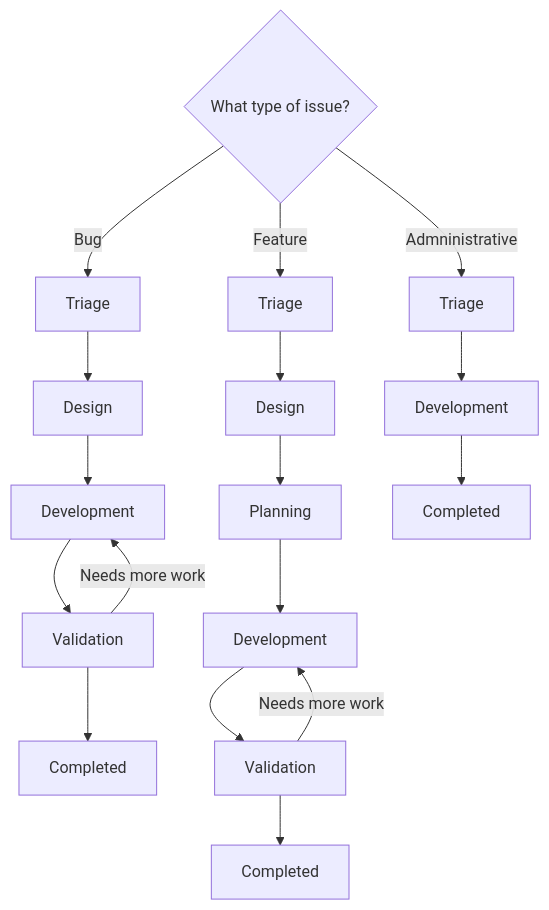
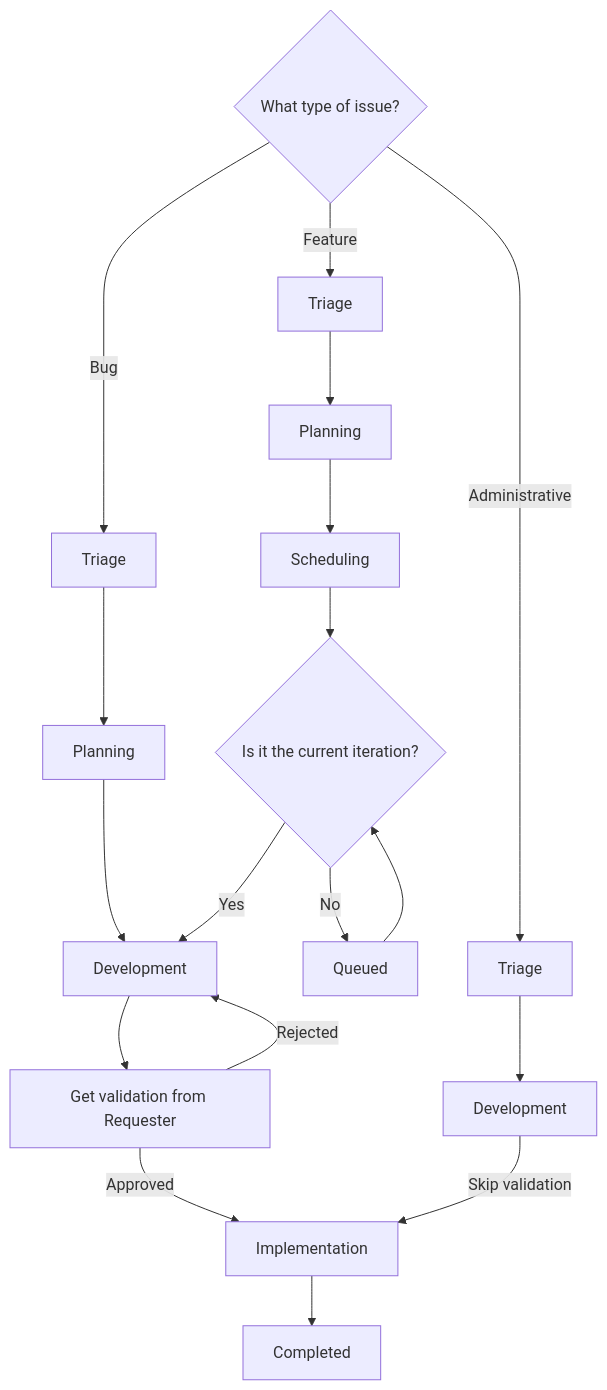
One commit to zalyoung/gitlab-handbook changed the diagram in content/handbook/security/customer-support-operations/workflows/gitlab/working-issues.md. Above: the diagram before and after it, drawn with Mermaid. The commit also changed other lines of this file and 1 other file, not shown here.

Commit message:
Customer Support Operations issue workflow revision

````diff
--- a/content/handbook/security/customer-support-operations/workflows/gitlab/working-issues.md
+++ b/content/handbook/security/customer-support-operations/workflows/gitlab/working-issues.md
@@ -45,34 +45,34 @@
 ```mermaid
 graph TD;
-  A-->|Bug| B
-  A-->|Feature| G
-  A-->|Admninistrative| M
-  B-->C
-  C-->D
-  D-->E
-  E-->|Needs more work| D
-  E-->F
-  G-->H
-  H-->I
-  I-->J
-  J-->K
-  K-->|Needs more work| J
-  K-->L
-  M-->N
-  N-->O
-  A{What type of issue?}
-  B[Triage]
-  C[Design]
-  D[Development]
-  E[Validation]
-  F[Completed]
-  G[Triage]
-  H[Design]
-  I[Planning]
-  J[Development]
-  K[Validation]
-  L[Completed]
-  M[Triage]
-  N[Development]
-  O[Completed]
+  Type-->|Bug| BugTriage
+  Type-->|Feature| FeatureTriage
+  Type-->|Administrative| AdministrativeTriage
+  BugTriage--> BugPlanning
+  BugPlanning--> Development
+  FeatureTriage--> FeaturePlanning
+  FeaturePlanning--> FeatureScheduling
+  FeatureScheduling--> IterationTime
+  IterationTime-->|Yes| Development
+  IterationTime-->|No| FeatureQueued
+  FeatureQueued--> IterationTime
+  Development--> Validation
+  Implementation--> Completed
+  Validation-->|Rejected| Development
+  Validation-->|Approved| Implementation
+  AdministrativeTriage--> AdministrativeDevelopment
+  AdministrativeDevelopment-->|Skip validation| Implementation
+  Type{What type of issue?}
+  IterationTime{Is it the current iteration?}
+  BugTriage[Triage]
+  BugPlanning[Planning]
+  Development[Development]
+  Validation[Get validation from Requester]
+  Implementation[Implementation]
+  Completed[Completed]
+  FeatureTriage[Triage]
+  FeaturePlanning[Planning]
+  FeatureScheduling[Scheduling]
+  FeatureQueued[Queued]
+  AdministrativeTriage[Triage]
+  AdministrativeDevelopment[Development]
 ```
````
